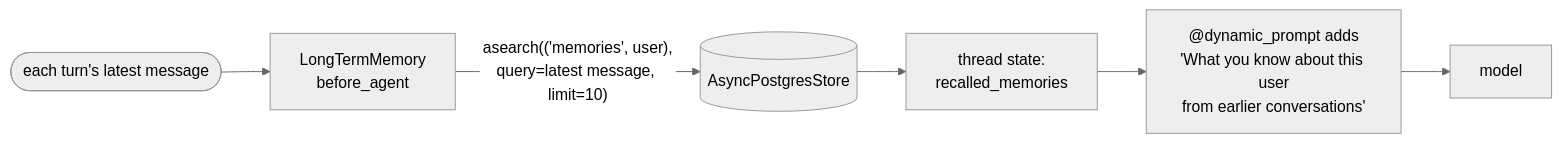
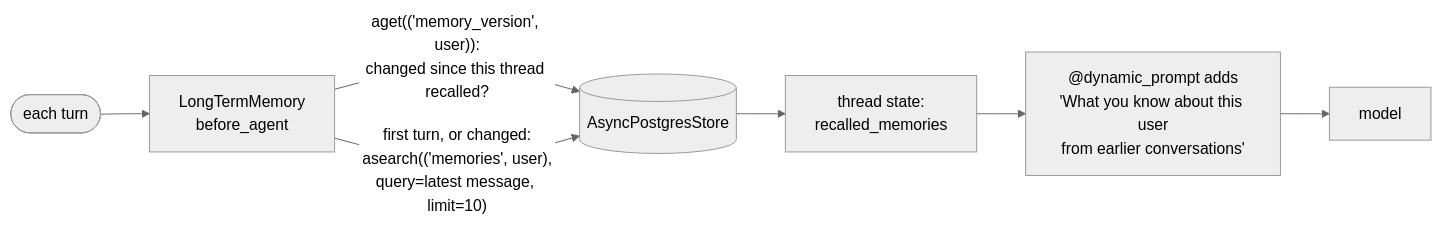
One commit to Anirudh1905/agentic-ai-chatbot changed the second of 2 diagrams in docs/phase-6-long-term-memory.md. Above: the diagram before and after it, drawn with Mermaid (neutral theme). The commit also changed other lines of this file and 16 other files, not shown here.

````diff
--- a/docs/phase-6-long-term-memory.md
+++ b/docs/phase-6-long-term-memory.md
@@ -86,8 +86,9 @@
 ```mermaid
 flowchart LR
-    Turn([each turn's latest message]) --> LTM["LongTermMemory<br/>before_agent"]
-    LTM -->|"asearch(('memories', user),<br/>query=latest message, limit=10)"| St[(AsyncPostgresStore)]
+    Turn([each turn]) --> LTM["LongTermMemory<br/>before_agent"]
+    LTM -->|"aget(('memory_version', user)):<br/>changed since this thread recalled?"| St[(AsyncPostgresStore)]
+    LTM -->|"first turn, or changed:<br/>asearch(('memories', user),<br/>query=latest message, limit=10)"| St
     St --> State["thread state:<br/>recalled_memories"]
     State --> Prompt["@dynamic_prompt adds<br/>'What you know about this user<br/>from earlier conversations'"]
     Prompt --> Model[model]
 ```
````
